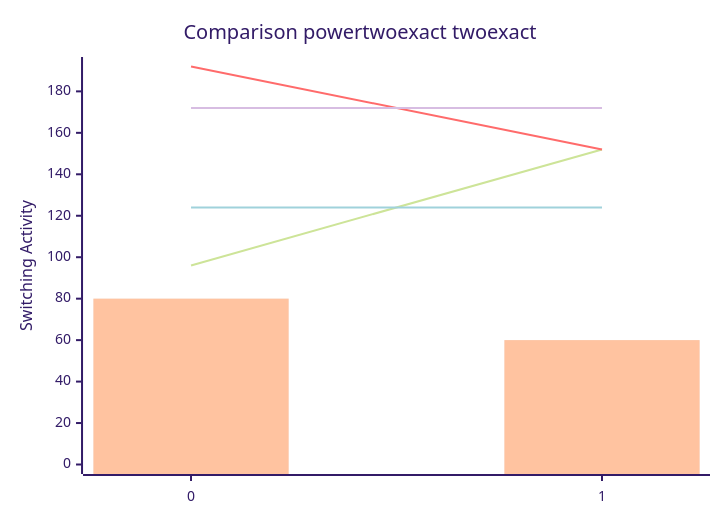
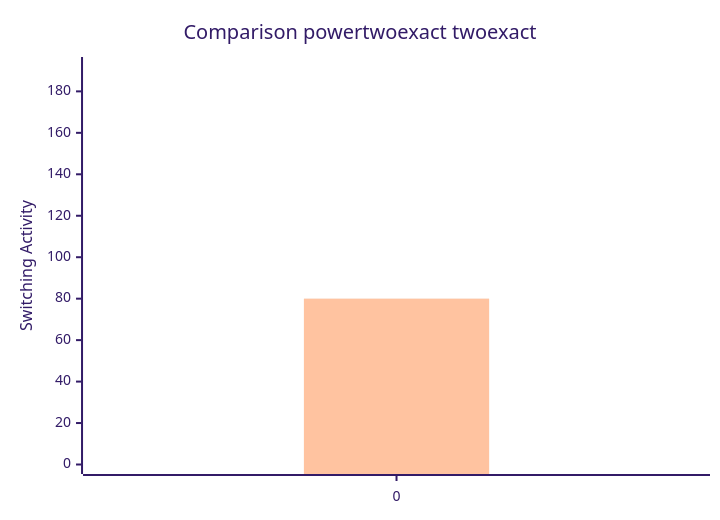
One commit to FeldmeierMichael/Exact-Power-Synthesis changed the diagram in benchmark_opt2.md. Above: the diagram before and after it, drawn with Mermaid (forest theme). The commit also changed other lines of this file, not shown here.

````diff
--- a/benchmark_opt2.md
+++ b/benchmark_opt2.md
@@ -5,12 +3,12 @@
 ```mermaid
 xychart-beta
     title "Comparison powertwoexact twoexact"
-    x-axis [0, 1]
+    x-axis [0]
     y-axis "Switching Activity" 0-->192
-    line [96, 152]
-    line [192, 152]
-    line [124.0, 124.0]
-    line [172.0, 172.0]
-    bar [80, 60]
-    bar [80, 60]
+    line [182]
+    line [192]
+    line [182.0]
+    line [192.0]
+    bar [80]
+    bar [80]
 ```
````
